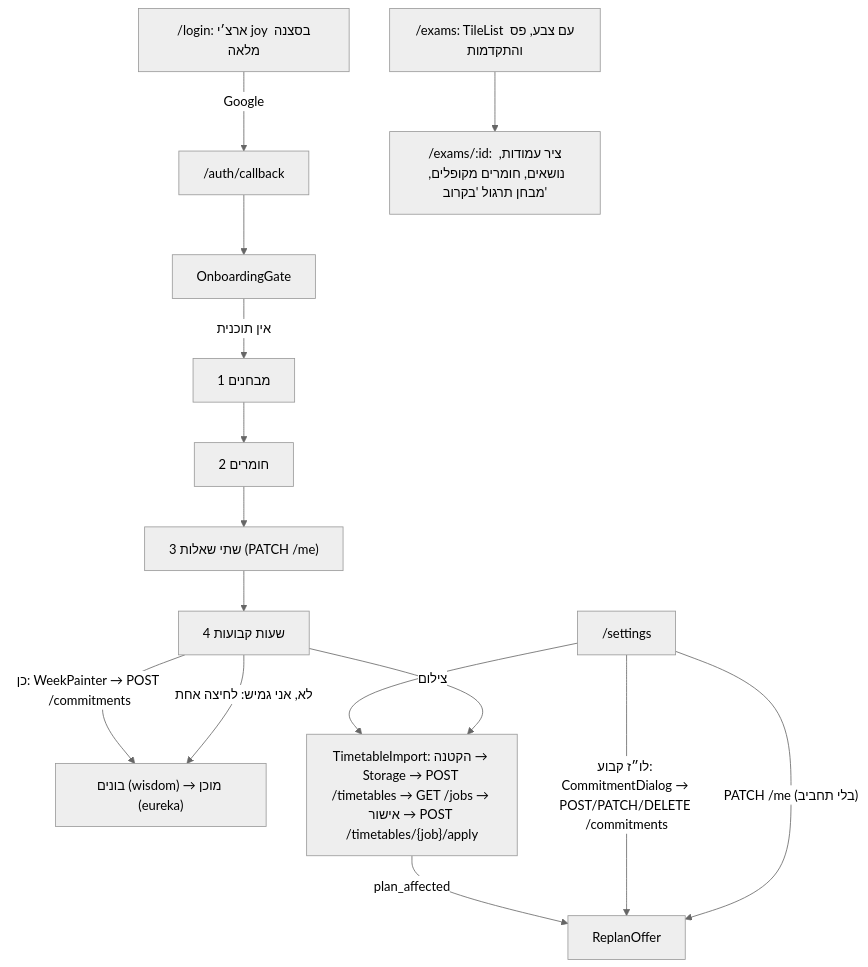
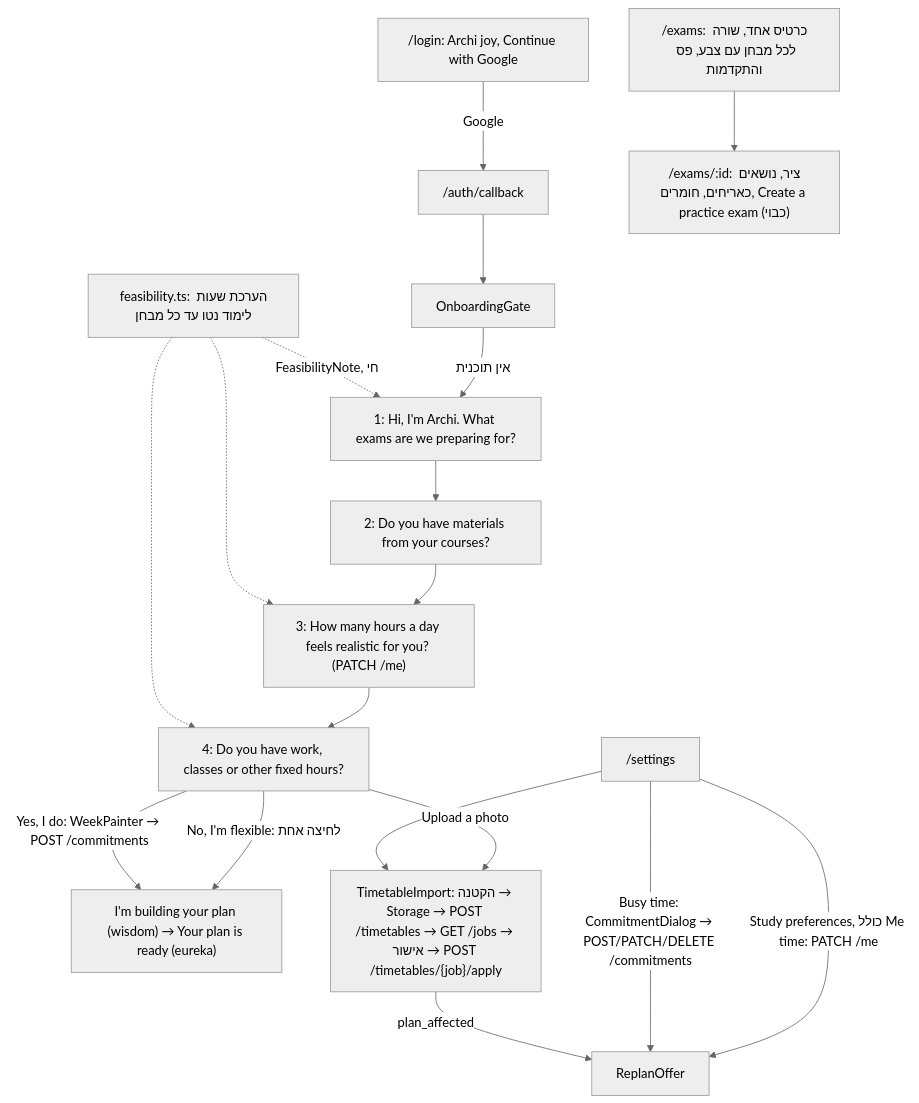
One commit to Eyal-Atar/study changed the diagram in docs/superpowers/plans/2026-11-18-s34-other-screens.md. Above: the diagram before and after it, drawn with Mermaid (neutral theme). The commit also changed other lines of this file, not shown here.

Commit message:
docs(plan): S34 מעודכן לממשק באנגלית ולמסמך הביקורת, 25 משימות

````diff
--- a/docs/superpowers/plans/2026-11-18-s34-other-screens.md
+++ b/docs/superpowers/plans/2026-11-18-s34-other-screens.md
@@ -17,13 +17,17 @@
 ```mermaid
 flowchart TB
-  login["/login: ארצ׳י joy בסצנה מלאה"] -->|Google| cb["/auth/callback"] --> gate["OnboardingGate"]
-  gate -->|"אין תוכנית"| s1["1 מבחנים"] --> s2["2 חומרים"] --> s3["3 שתי שאלות (PATCH /me)"] --> s4["4 שעות קבועות"]
-  s4 -->|"לא, אני גמיש: לחיצה אחת"| build
-  s4 -->|"כן: WeekPainter → POST /commitments"| build["בונים (wisdom) → מוכן (eureka)"]
-  s4 -->|"צילום"| tt["TimetableImport: הקטנה → Storage → POST /timetables → GET /jobs → אישור → POST /timetables/{job}/apply"]
-  settings["/settings"] -->|"PATCH /me (בלי תחביב)"| offer["ReplanOffer"]
-  settings -->|"לו״ז קבוע: CommitmentDialog → POST/PATCH/DELETE /commitments"| offer
+  login["/login: Archi joy, Continue with Google"] -->|Google| cb["/auth/callback"] --> gate["OnboardingGate"]
+  gate -->|"אין תוכנית"| s1["1: Hi, I'm Archi. What exams are we preparing for?"]
+  s1 --> s2["2: Do you have materials from your courses?"] --> s3["3: How many hours a day feels realistic for you? (PATCH /me)"] --> s4["4: Do you have work, classes or other fixed hours?"]
+  feas["feasibility.ts: הערכת שעות לימוד נטו עד כל מבחן"] -.->|"FeasibilityNote, חי"| s1
+  feas -.-> s3
+  feas -.-> s4
+  s4 -->|"No, I'm flexible: לחיצה אחת"| build
+  s4 -->|"Yes, I do: WeekPainter → POST /commitments"| build["I'm building your plan (wisdom) → Your plan is ready (eureka)"]
+  s4 -->|"Upload a photo"| tt["TimetableImport: הקטנה → Storage → POST /timetables → GET /jobs → אישור → POST /timetables/{job}/apply"]
+  settings["/settings"] -->|"Study preferences, כולל Me time: PATCH /me"| offer["ReplanOffer"]
+  settings -->|"Busy time: CommitmentDialog → POST/PATCH/DELETE /commitments"| offer
   settings --> tt
   tt -->|"plan_affected"| offer
-  exams["/exams: TileList עם צבע, פס והתקדמות"] --> exam["/exams/:id: ציר עמודות, נושאים, חומרים מקופלים, מבחן תרגול 'בקרוב'"]
+  exams["/exams: כרטיס אחד, שורה לכל מבחן עם צבע, פס והתקדמות"] --> exam["/exams/:id: ציר, נושאים כאריחים, חומרים, Create a practice exam (כבוי)"]
 ```
````
